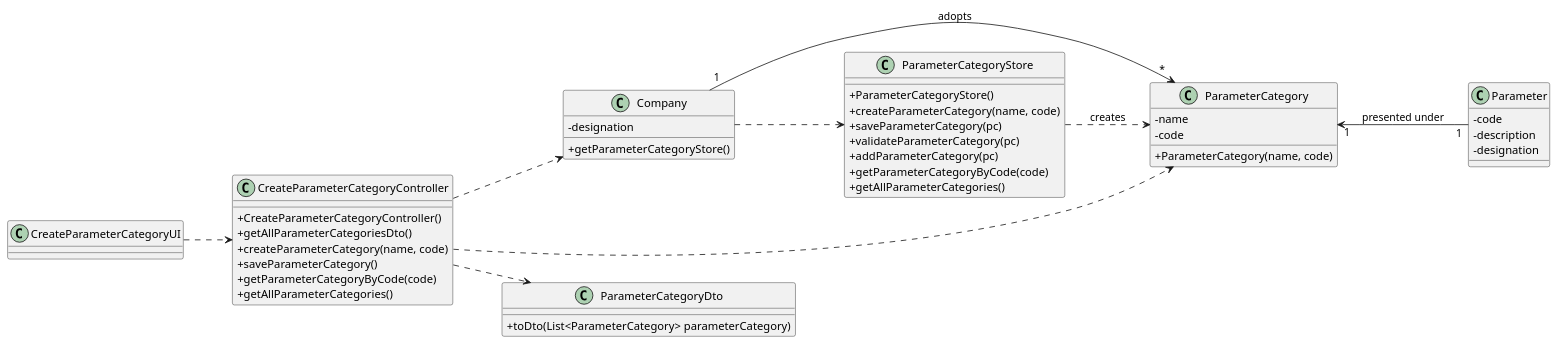
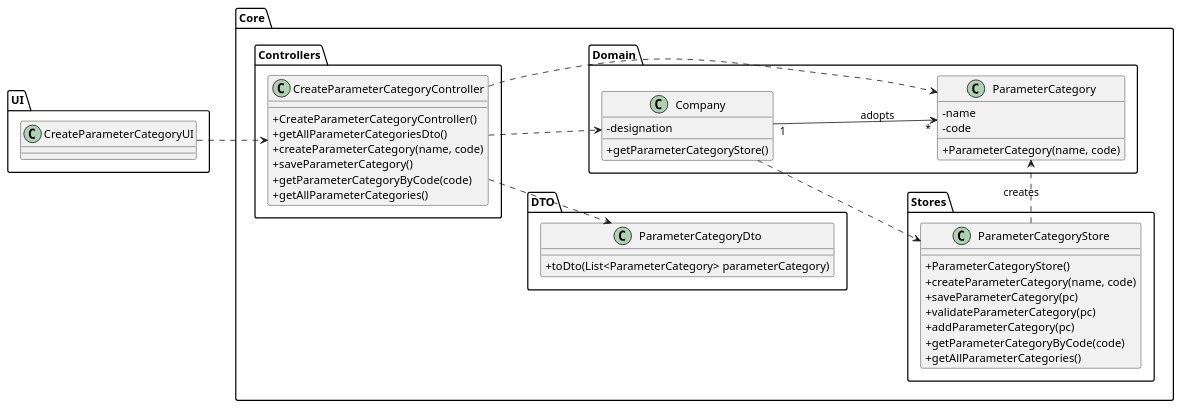
One commit to 0franciscor/lei-21-s2-1de-g19 changed the diagram in docs/SprintC/US11/US11-CD.puml. Above: the diagram before and after it, drawn with PlantUML. The commit also changed 6 other files, not shown here.

Commit message:
[US11] - Alteração dos Diagramas e conteúdos da US11

```diff
--- a/docs/SprintC/US11/US11-CD.puml
+++ b/docs/SprintC/US11/US11-CD.puml
@@ -1,58 +1,71 @@
 @startuml
 skinparam classAttributeIconSize 0
 left to right direction
 
+package "Core"{
+
+package "DTO"{
+
+class "ParameterCategoryDto" as pcDto{
++toDto(List<ParameterCategory> parameterCategory)
+}
+
+}
+
+package "Controllers"{
+
+class "CreateParameterCategoryController" as CPCC {
++CreateParameterCategoryController()
++getAllParameterCategoriesDto()
++createParameterCategory(name, code)
++saveParameterCategory()
++getParameterCategoryByCode(code)
++getAllParameterCategories()
+}
+
+}
+
+package "Stores"{
+
+class "ParameterCategoryStore" as PCS {
++ParameterCategoryStore()
++createParameterCategory(name, code)
++saveParameterCategory(pc)
++validateParameterCategory(pc)
++addParameterCategory(pc)
++getParameterCategoryByCode(code)
++getAllParameterCategories()
+}
+
+}
+
+package "Domain"{
 class "Company" as COMP {
 -designation
 +getParameterCategoryStore()
 }
 
 class "ParameterCategory" as PC {
 -name
 -code
 +ParameterCategory(name, code)
 }
 
-class "Parameter" as P{
--code
--description
--designation
 }
 
-class "ParameterCategoryDto" as pcDto{
-+toDto(List<ParameterCategory> parameterCategory)
 }
 
-class "CreateParameterCategoryController" as CPCC {
-+CreateParameterCategoryController()
-+getAllParameterCategoriesDto()
-+createParameterCategory(name, code)
-+saveParameterCategory()
-+getParameterCategoryByCode(code)
-+getAllParameterCategories()
+package "UI"{
+class "CreateParameterCategoryUI" as CPCUI
 }
 
-class "ParameterCategoryStore" as PCS {
-+ParameterCategoryStore()
-+createParameterCategory(name, code)
-+saveParameterCategory(pc)
-+validateParameterCategory(pc)
-+addParameterCategory(pc)
-+getParameterCategoryByCode(code)
-+getAllParameterCategories()
-}
-
-class "CreateParameterCategoryUI" as CPCUI
-class "ParameterCategory" as PC
-class "CreateParameterCategoryController" as CPCC
 
 CPCUI ..> CPCC
 COMP ..> PCS
 PCS ..> PC  :creates
 CPCC ..> PC
 CPCC ..> COMP
 CPCC ..> pcDto
-PC "1" <-- "1" P : presented under
 COMP "1" --> "*" PC : adopts
 
 @enduml
```
